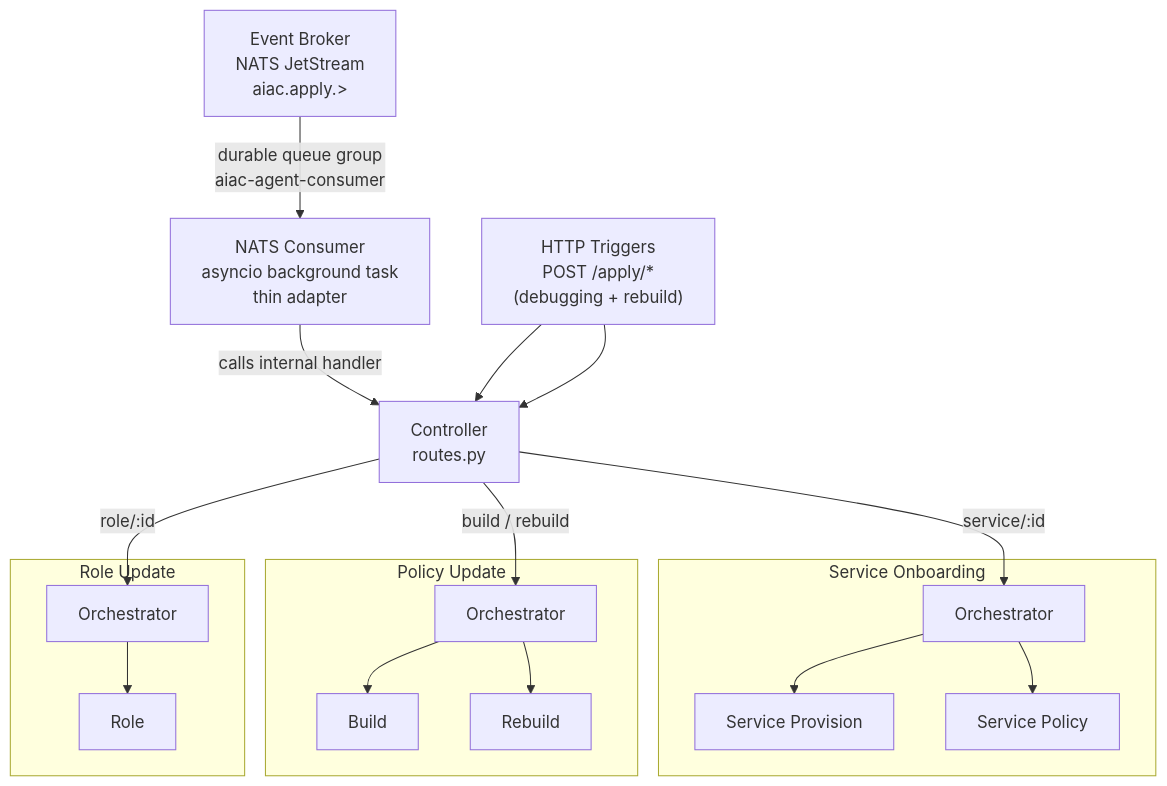
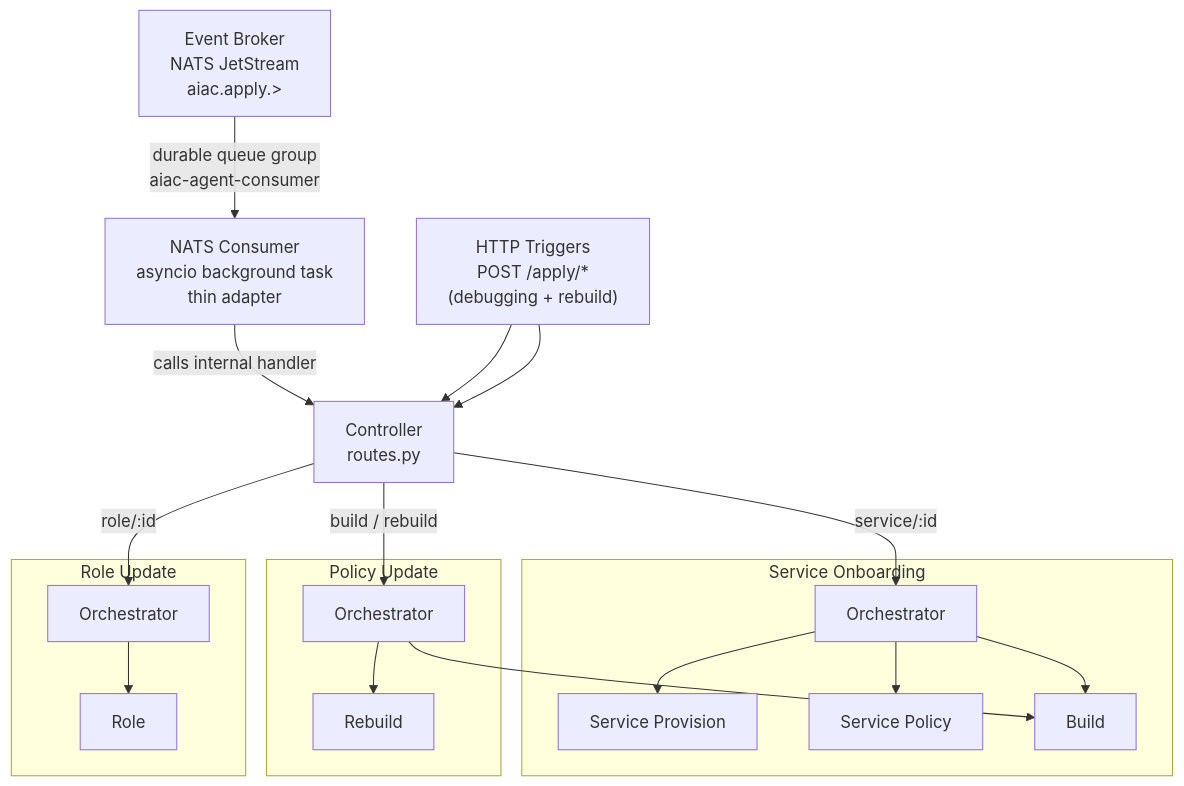
Before and after one commit to rossoctl/aiac: the first of 3 diagrams in inception/requirements/components/aiac-agent.md, drawn with Mermaid. The commit also changed other lines of this file, not shown here.

First line of the commit message:
docs: update aiac-agent.md spec for policy sub-agent refactor

````diff
--- a/inception/requirements/components/aiac-agent.md
+++ b/inception/requirements/components/aiac-agent.md
@@ -26,38 +26,40 @@
 ```mermaid
 flowchart TD
     NATS["Event Broker\nNATS JetStream\naiac.apply.>"]
     NATS_CONSUMER["NATS Consumer\nasyncio background task\nthin adapter"]
     TRIGGERS["HTTP Triggers\nPOST /apply/*\n(debugging + rebuild)"]
     CTRL["Controller\nroutes.py"]
 
     NATS -->|"durable queue group\naiac-agent-consumer"| NATS_CONSUMER
     NATS_CONSUMER -->|"calls internal handler"| CTRL
     TRIGGERS --> CTRL
 
     subgraph CO["Service Onboarding"]
         ORC1["Orchestrator"]
         SA1["Service Provision"]
         SA2["Service Policy"]
+        SA3["Policy Apply"]
         ORC1 --> SA1
         ORC1 --> SA2
+        ORC1 --> SA3
     end
 
     subgraph PU["Policy Update"]
         ORC2["Orchestrator"]
         SA3["Build"]
         SA4["Rebuild"]
         ORC2 --> SA3
         ORC2 --> SA4
     end
 
     subgraph RR["Role Update"]
         ORC3["Orchestrator"]
         SA5["Role"]
         ORC3 --> SA5
     end
 
     TRIGGERS --> CTRL
     CTRL -->|"role/:id"| ORC3
     CTRL -->|"build / rebuild"| ORC2
     CTRL -->|"service/:id"| ORC1
 ```
````
